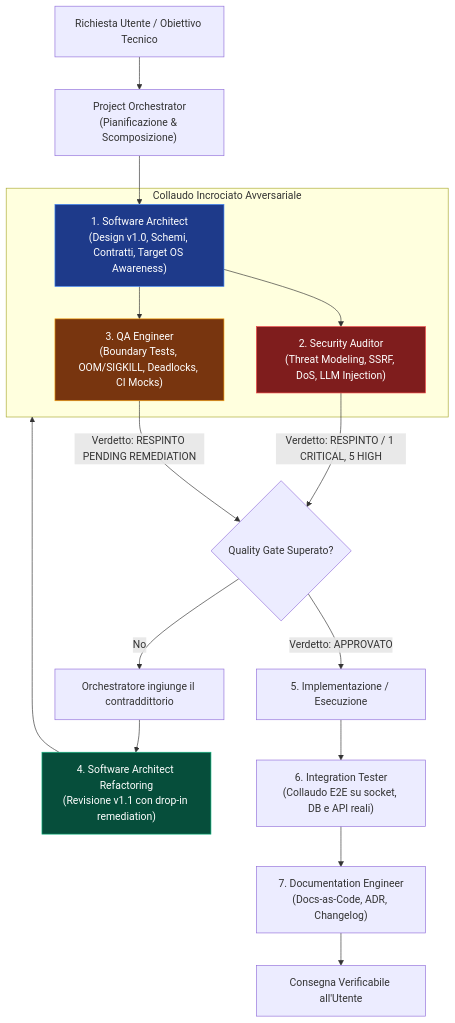
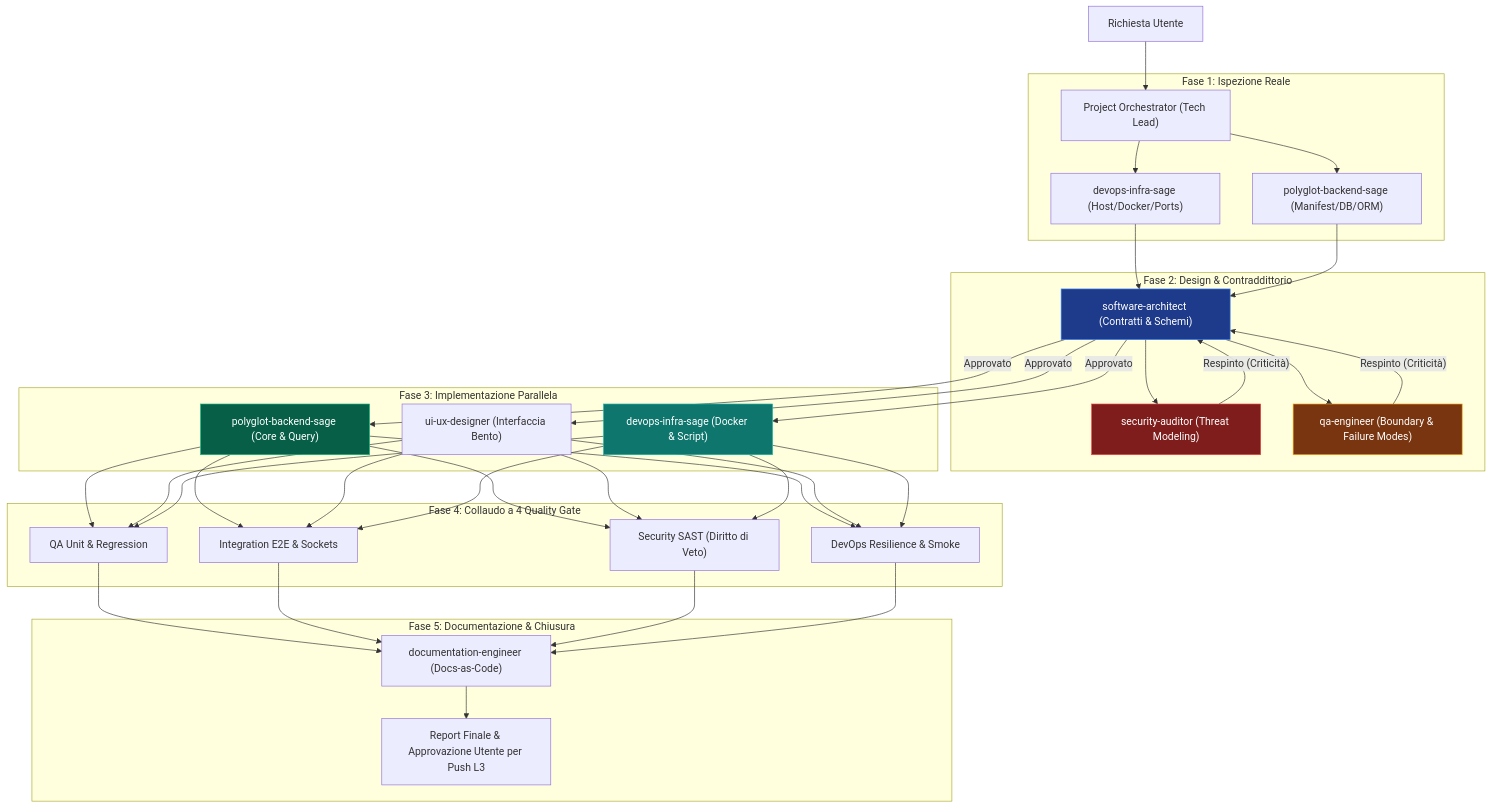
One commit to tennet/antigravity-engineering-team changed the diagram in README.md. Above: the diagram before and after it, drawn with Mermaid. The commit also changed other lines of this file and 6 other files, not shown here.

Commit message:
feat(suite): upgrade to v3.0.0 with polyglot-backend-sage and devops-infra-sage

````diff
--- a/README.md
+++ b/README.md
@@ -55,29 +55,40 @@
 ```mermaid
 flowchart TD
-    User["Richiesta Utente / Obiettivo Tecnico"] --> PO["Project Orchestrator<br/>(Pianificazione & Scomposizione)"]
+    User["Richiesta Utente"] --> PO["Project Orchestrator (Tech Lead)"]
     
-    PO --> SA["1. Software Architect<br/>(Design v1.0, Schemi, Contratti, Target OS Awareness)"]
-    
-    subgraph AuditGate["Collaudo Incrociato Avversariale"]
-        SA --> SEC["2. Security Auditor<br/>(Threat Modeling, SSRF, DoS, LLM Injection)"]
-        SA --> QA["3. QA Engineer<br/>(Boundary Tests, OOM/SIGKILL, Deadlocks, CI Mocks)"]
+    subgraph F1["Fase 1: Ispezione Reale"]
+        PO --> D1["devops-infra-sage (Host/Docker/Ports)"]
+        PO --> B1["polyglot-backend-sage (Manifest/DB/ORM)"]
     end
-    
-    SEC -- "Verdetto: RESPINTO / 1 CRITICAL, 5 HIGH" --> Review{"Quality Gate Superato?"}
-    QA -- "Verdetto: RESPINTO PENDING REMEDIATION" --> Review
-    
-    Review -- No --> PO_Rebuttal["Orchestratore ingiunge il contraddittorio"]
-    PO_Rebuttal --> SA_Refactor["4. Software Architect Refactoring<br/>(Revisione v1.1 con drop-in remediation)"]
-    
-    SA_Refactor --> AuditGate
-    
-    Review -- "Verdetto: APPROVATO" --> DEV["5. Implementazione / Esecuzione"]
-    DEV --> INT["6. Integration Tester<br/>(Collaudo E2E su socket, DB e API reali)"]
-    INT --> DOC["7. Documentation Engineer<br/>(Docs-as-Code, ADR, Changelog)"]
-    DOC --> Delivery["Consegna Verificabile all'Utente"]
+
+    subgraph F2["Fase 2: Design & Contraddittorio"]
+        D1 & B1 --> SA["software-architect (Contratti & Schemi)"]
+        SA --> SEC["security-auditor (Threat Modeling)"]
+        SA --> QA["qa-engineer (Boundary & Failure Modes)"]
+        SEC & QA -- "Respinto (Criticità)" --> SA
+    end
+
+    subgraph F3["Fase 3: Implementazione Parallela"]
+        SA -- "Approvato" --> PBS["polyglot-backend-sage (Core & Query)"]
+        SA -- "Approvato" --> UI["ui-ux-designer (Interfaccia Bento)"]
+        SA -- "Approvato" --> DIS["devops-infra-sage (Docker & Script)"]
+    end
+
+    subgraph F4["Fase 4: Collaudo a 4 Quality Gate"]
+        PBS & UI & DIS --> QG1["QA Unit & Regression"]
+        PBS & UI & DIS --> QG2["Integration E2E & Sockets"]
+        PBS & UI & DIS --> QG3["Security SAST (Diritto di Veto)"]
+        PBS & UI & DIS --> QG4["DevOps Resilience & Smoke"]
+    end
+
+    subgraph F5["Fase 5: Documentazione & Chiusura"]
+        QG1 & QG2 & QG3 & QG4 --> DOC["documentation-engineer (Docs-as-Code)"]
+        DOC --> Delivery["Report Finale & Approvazione Utente per Push L3"]
+    end
 
     style SA fill:#1e3a8a,stroke:#3b82f6,color:#fff
+    style PBS fill:#065f46,stroke:#10b981,color:#fff
+    style DIS fill:#0f766e,stroke:#14b8a6,color:#fff
     style SEC fill:#7f1d1d,stroke:#ef4444,color:#fff
     style QA fill:#78350f,stroke:#f59e0b,color:#fff
-    style SA_Refactor fill:#064e3b,stroke:#10b981,color:#fff
 ```
````
